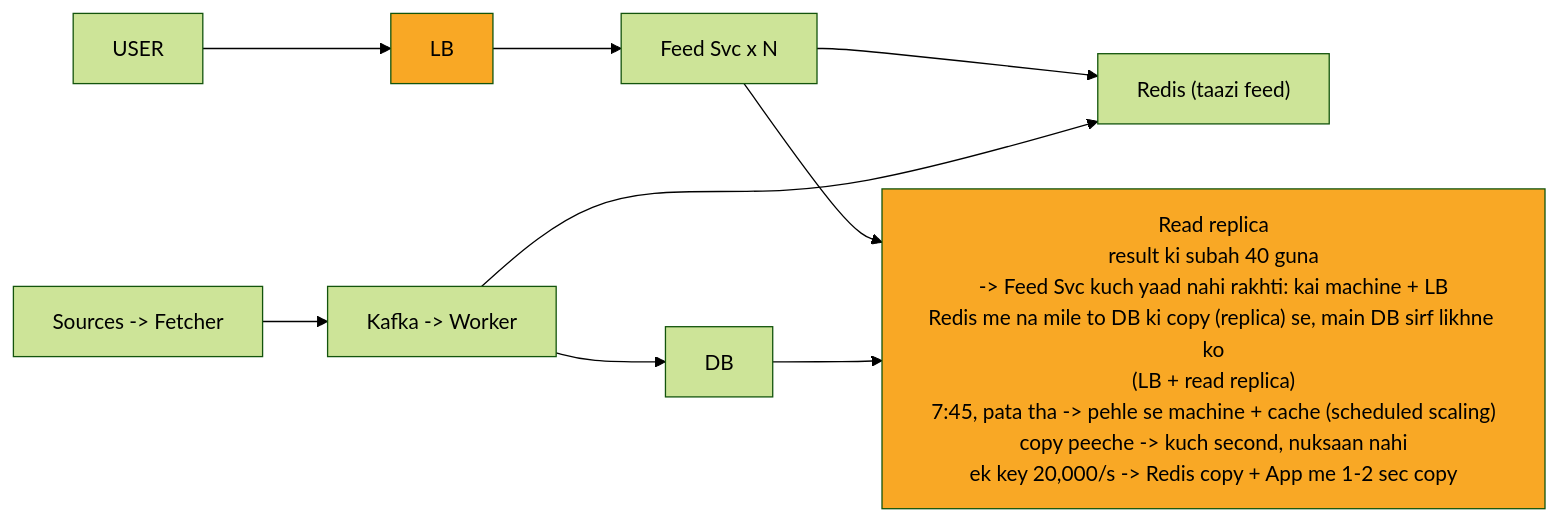
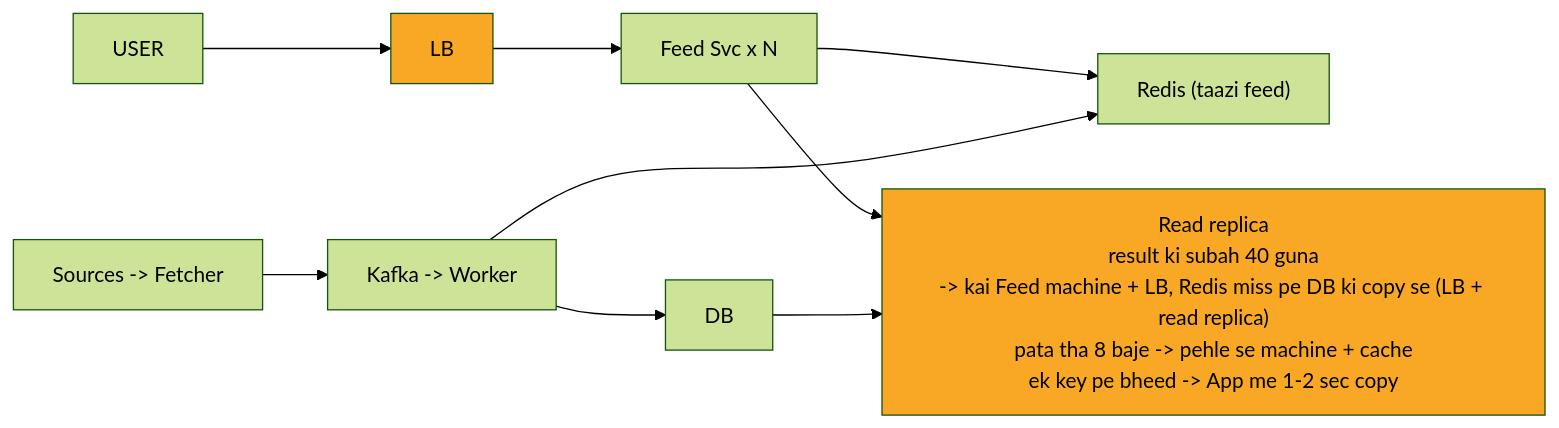
The diagram in 04_HLD/SYSTEM_DESIGNS/08_news_aggregator/img/c3.mmd (ArpanMaheshwari144/Prep), drawn with Mermaid (forest theme) before and after one commit. The commit also changed 39 other files, not shown here.

```diff
--- a/04_HLD/SYSTEM_DESIGNS/08_news_aggregator/img/c3.mmd
+++ b/04_HLD/SYSTEM_DESIGNS/08_news_aggregator/img/c3.mmd
@@ -1,20 +1,20 @@
 %%{init: {"flowchart": {"wrappingWidth": 450}}}%%
 flowchart LR
     n_USER["USER"]
     n_LB["LB"]
     n_Feed_Svc_xN["Feed Svc x N"]
     n_Redis["Redis (taazi feed)"]
-    n_Read_replica["Read replica<br/>result ki subah 40 guna<br/>-> Feed Svc kuch yaad nahi rakhti: kai machine + LB<br/>Redis me na mile to DB ki copy (replica) se, main DB sirf likhne ko<br/>(LB + read replica)<br/>7:45, pata tha -> pehle se machine + cache (scheduled scaling)<br/>copy peeche -> kuch second, nuksaan nahi<br/>ek key 20,000/s -> Redis copy + App me 1-2 sec copy"]
+    n_Read_replica["Read replica<br/>result ki subah 40 guna<br/>-> kai Feed machine + LB, Redis miss pe DB ki copy se (LB + read replica)<br/>pata tha 8 baje -> pehle se machine + cache<br/>ek key pe bheed -> App me 1-2 sec copy"]
     n_DB["DB"]
     n_KW["Kafka -> Worker"]
     n_SF["Sources -> Fetcher"]
     n_USER --> n_LB
     n_LB --> n_Feed_Svc_xN
     n_Feed_Svc_xN --> n_Redis
     n_Feed_Svc_xN --> n_Read_replica
     n_DB --> n_Read_replica
     n_KW --> n_DB
     n_KW --> n_Redis
     n_SF --> n_KW
     style n_LB fill:#f9a825,color:#000
     style n_Read_replica fill:#f9a825,color:#000
```
